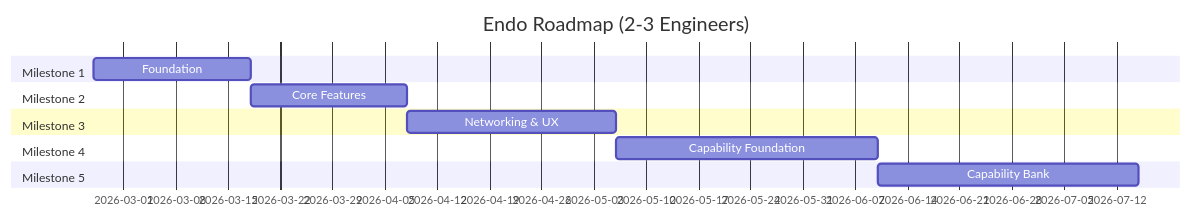
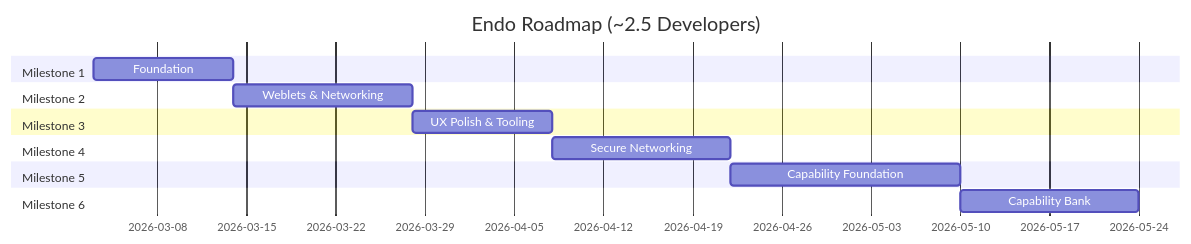
The second of 2 diagrams in designs/README.md (jbotson/endo-but-for-bots), drawn with Mermaid before and after one commit. The commit also changed other lines of this file and 2 other files, not shown here.

````diff
--- a/designs/README.md
+++ b/designs/README.md
@@ -411,20 +431,23 @@
 ```mermaid
 gantt
-    title Endo Roadmap (2-3 Engineers)
+    title Endo Roadmap (~2.5 Developers)
     dateFormat YYYY-MM-DD
 
     section Milestone 1
-    Foundation                    :m1, 2026-02-25, 3w
+    Foundation                    :m1, 2026-03-03, 1.5w
 
     section Milestone 2
-    Core Features                 :m2, after m1, 3w
+    Weblets & Networking          :m2, after m1, 2w
 
     section Milestone 3
-    Networking & UX               :m3, after m2, 4w
+    UX Polish & Tooling           :m3, after m2, 1.5w
 
     section Milestone 4
-    Capability Foundation         :m4, after m3, 5w
+    Secure Networking             :m4, after m3, 2w
 
     section Milestone 5
-    Capability Bank               :m5, after m4, 5w
+    Capability Foundation         :m5, after m4, 2.5w
+
+    section Milestone 6
+    Capability Bank               :m6, after m5, 2w
 ```
````
